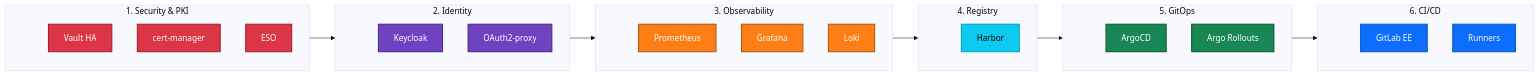
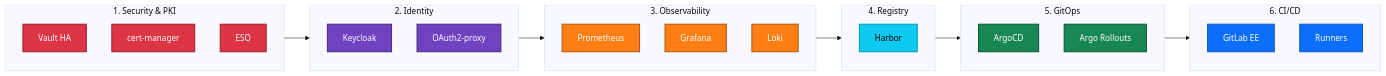
One commit to derhornspieler/harvester-rke2-svcs changed the first of 9 diagrams in docs/architecture/landscape.md. Above: the diagram before and after it, drawn with Mermaid (base theme). The commit also changed other lines of this file, not shown here.

Commit message:
fix: limit Mermaid spacer nodes to Where Data Lives diagram only

````diff
--- a/docs/architecture/landscape.md
+++ b/docs/architecture/landscape.md
@@ -11,62 +11,55 @@
 ```mermaid
 graph LR
     subgraph S1["1. Security &amp; PKI"]
         direction TB
-        s1_pad[ ]:::hidden
         Vault["Vault HA"]
         CM["cert-manager"]
         ESO["ESO"]
     end
 
     subgraph S2["2. Identity"]
         direction TB
-        s2_pad[ ]:::hidden
         KC["Keycloak"]
         OAuth["OAuth2-proxy"]
     end
 
     subgraph S3["3. Observability"]
         direction TB
-        s3_pad[ ]:::hidden
         Prom["Prometheus"]
         Grafana["Grafana"]
         Loki["Loki"]
     end
 
     subgraph S4["4. Registry"]
         direction TB
-        s4_pad[ ]:::hidden
         Harbor["Harbor"]
     end
 
     subgraph S5["5. GitOps"]
         direction TB
-        s5_pad[ ]:::hidden
         ArgoCD["ArgoCD"]
         Rollouts["Argo Rollouts"]
     end
 
     subgraph S6["6. CI/CD"]
         direction TB
-        s6_pad[ ]:::hidden
         GitLab["GitLab EE"]
         Runners["Runners"]
     end
 
     S1 --> S2 --> S3 --> S4 --> S5 --> S6
 
     classDef pki fill:#dc3545,color:#fff,stroke:#a02030,stroke-width:2px
     classDef identity fill:#6f42c1,color:#fff,stroke:#4a2a7f,stroke-width:2px
     classDef obs fill:#fd7e14,color:#fff,stroke:#b15810,stroke-width:2px
     classDef data fill:#0dcaf0,color:#000,stroke:#0a9db5,stroke-width:2px
     classDef cicd fill:#198754,color:#fff,stroke:#0d5a32,stroke-width:2px
     classDef blue fill:#0d6efd,color:#fff,stroke:#0a58ca,stroke-width:2px
 
     class Vault,CM,ESO pki
     class KC,OAuth identity
     class Prom,Grafana,Loki obs
     class Harbor data
     class ArgoCD,Rollouts cicd
     class GitLab,Runners blue
-    classDef hidden display:none
 ```
````
